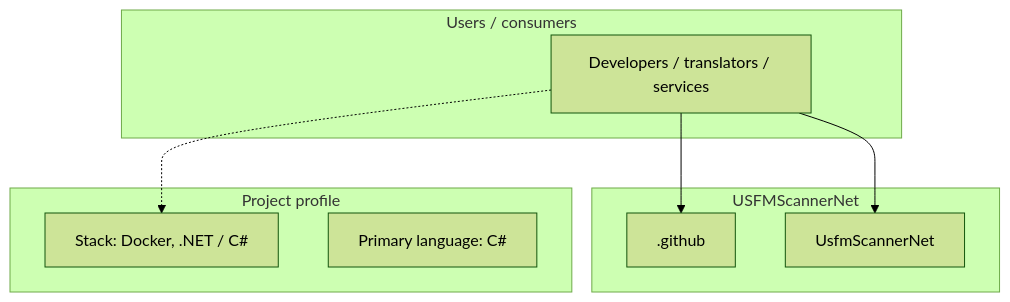
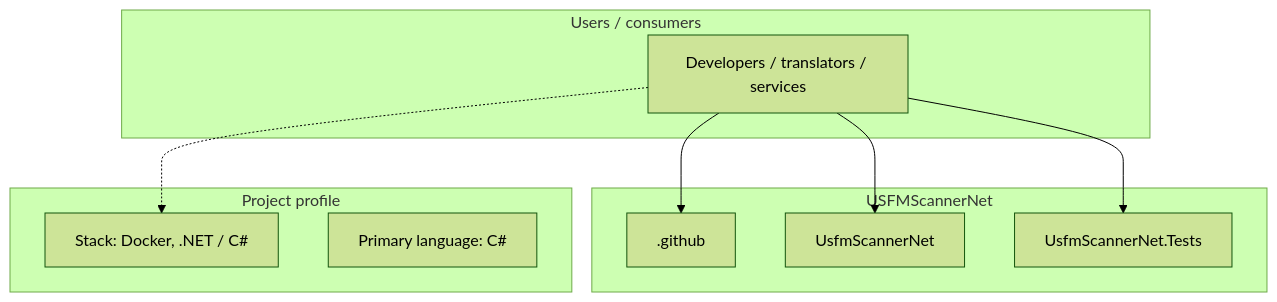
One commit to AnonymousWalker/project-repos-diagram changed the first of 3 diagrams in architecture/WycliffeAssociates/USFMScannerNet-architecture.md. Above: the diagram before and after it, drawn with Mermaid (forest theme). The commit also changed other lines of this file and 3 other files, not shown here.

Commit message:
chore: refresh architecture diagrams

````diff
--- a/architecture/WycliffeAssociates/USFMScannerNet-architecture.md
+++ b/architecture/WycliffeAssociates/USFMScannerNet-architecture.md
@@ -9,20 +9,22 @@
 ```mermaid
 flowchart TB
   subgraph users["Users / consumers"]
     Users["Developers / translators / services"]
   end
 
   subgraph project["USFMScannerNet"]
     M0[".github"]
     M1["UsfmScannerNet"]
+    M2["UsfmScannerNet.Tests"]
   end
 
   subgraph meta["Project profile"]
     Stack["Stack: Docker, .NET / C#"]
     Lang["Primary language: C#"]
   end
 
   Users --> M0
   Users --> M1
+  Users --> M2
   Users -.-> Stack
 ```
````
